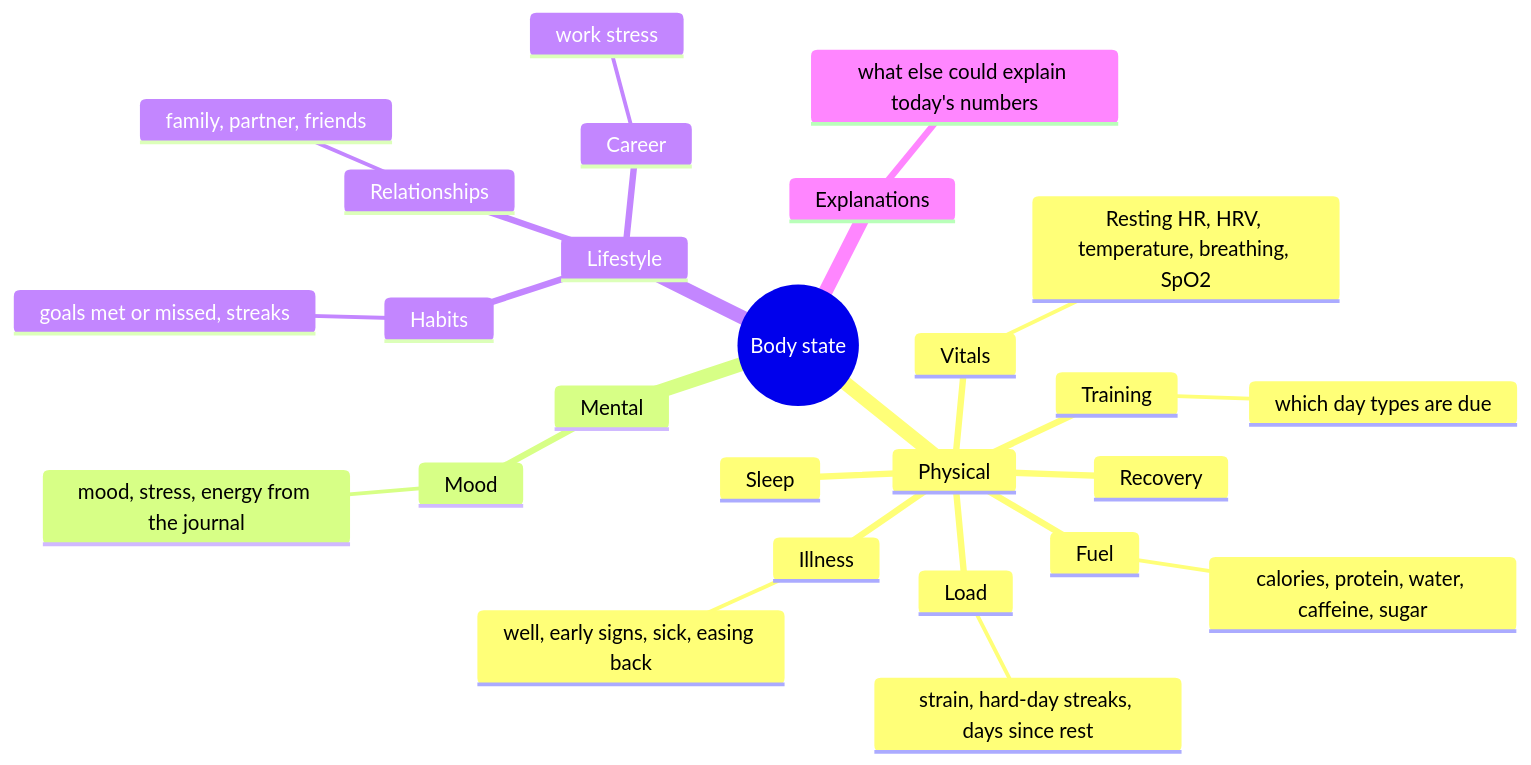
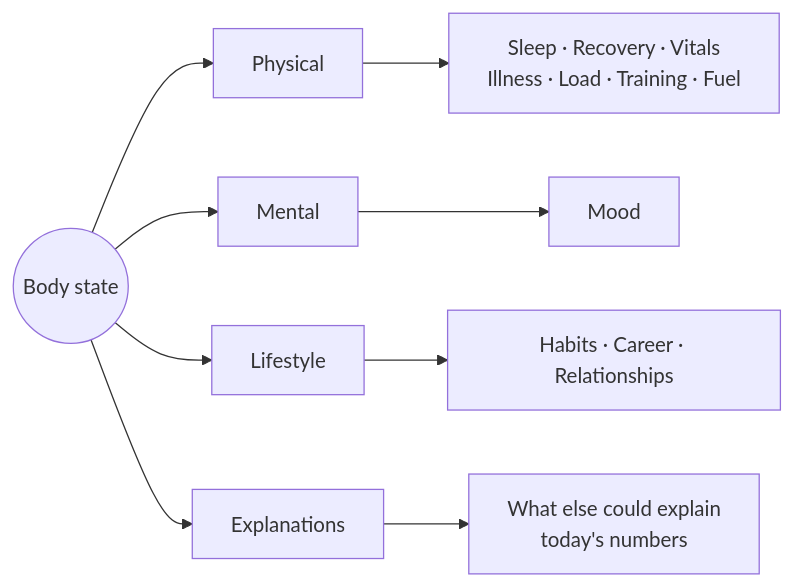
The first of 2 diagrams in README.md (ericfflynn/nutribot), drawn with Mermaid before and after one commit. The commit also changed other lines of this file, not shown here.

Commit message:
README: body state shape as a small diagram and a table

````diff
--- a/README.md
+++ b/README.md
@@ -37,29 +37,8 @@
 ```mermaid
-mindmap
-  root((Body state))
-    Physical
-      Sleep
-      Recovery
-      Vitals
-        Resting HR, HRV, temperature, breathing, SpO2
-      Illness
-        well, early signs, sick, easing back
-      Load
-        strain, hard-day streaks, days since rest
-      Training
-        which day types are due
-      Fuel
-        calories, protein, water, caffeine, sugar
-    Mental
-      Mood
-        mood, stress, energy from the journal
-    Lifestyle
-      Habits
-        goals met or missed, streaks
-      Career
-        work stress
-      Relationships
-        family, partner, friends
-    Explanations
-      what else could explain today's numbers
+flowchart LR
+  B((Body state)) --> P[Physical] & M[Mental] & L[Lifestyle] & E[Explanations]
+  P --> PA["Sleep · Recovery · Vitals<br/>Illness · Load · Training · Fuel"]
+  M --> MA[Mood]
+  L --> LA["Habits · Career · Relationships"]
+  E --> EA["What else could explain<br/>today's numbers"]
 ```
````
